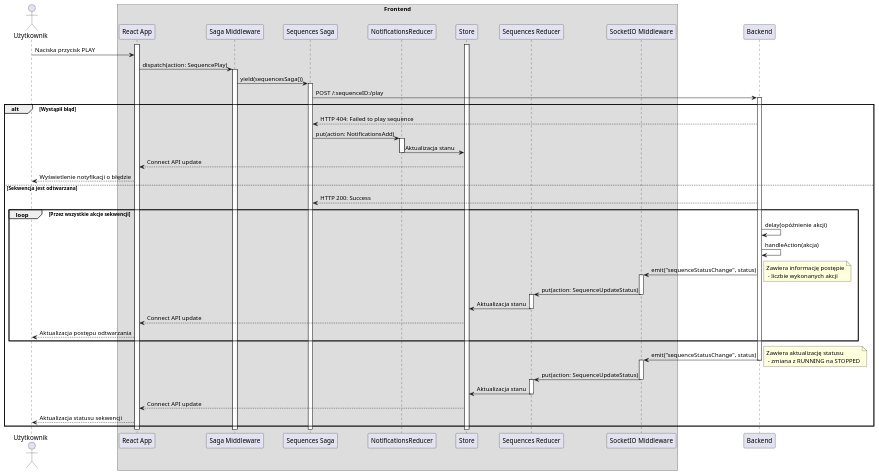
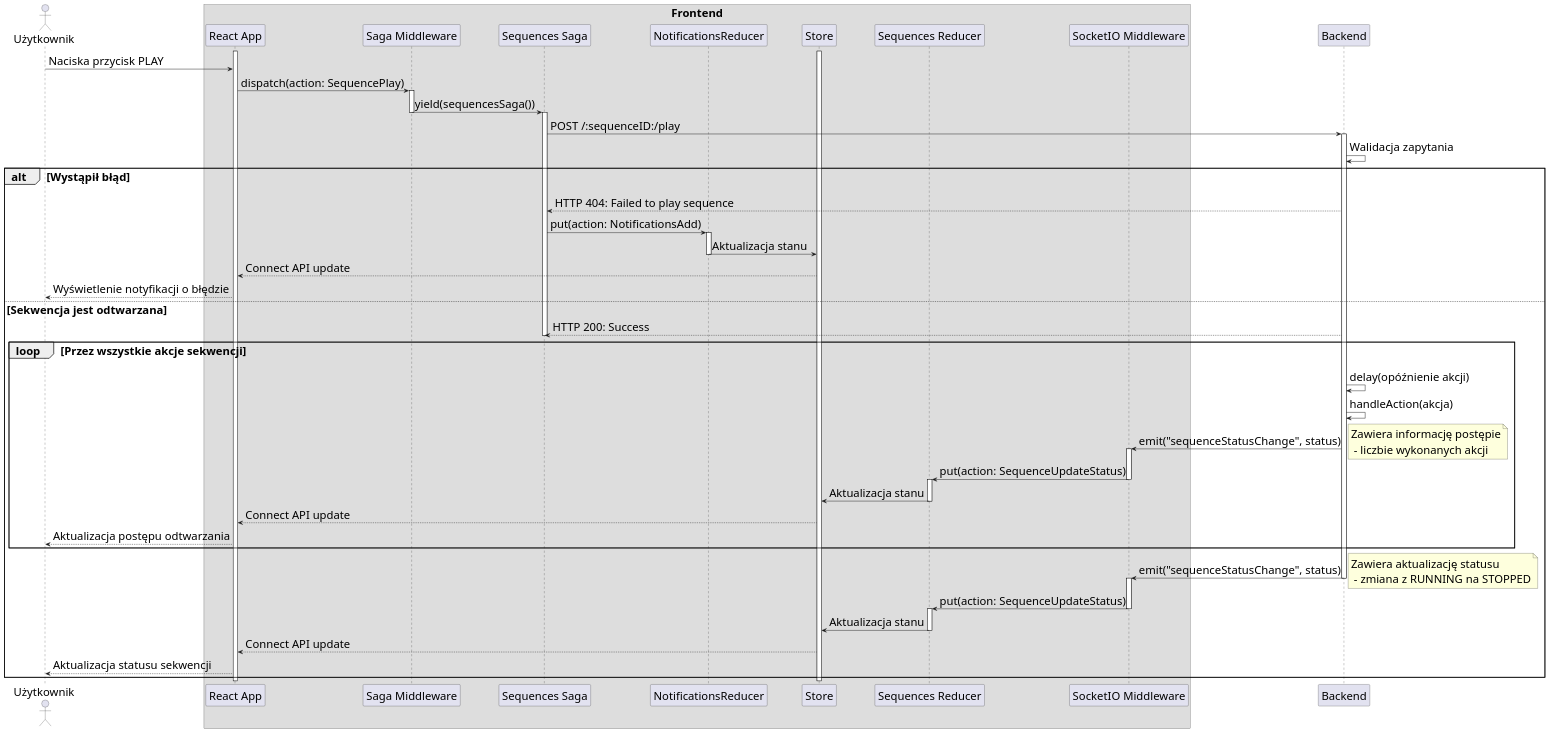
Before and after one commit to pjaspinski/sequences: the diagram in uml-diagrams/play-sequence-fe-diagram.puml, drawn with PlantUML. The commit also changed 2 other files, not shown here.

Commit message:
Diagrams

```diff
--- a/uml-diagrams/play-sequence-fe-diagram.puml
+++ b/uml-diagrams/play-sequence-fe-diagram.puml
@@ -1,66 +1,71 @@
 @startuml
+skinparam DefaultFontSize 25
+
 actor Użytkownik as User
 box "Frontend"
 participant "React App" as App
 participant "Saga Middleware" as Saga
 participant "Sequences Saga" as SeqSaga
 participant "NotificationsReducer" as NotiReducer
 participant "Store" as Store
 participant "Sequences Reducer" as SeqReducer
 participant "SocketIO Middleware" as SocketIOM
 end box
 
 participant Backend
 
 activate Store
 activate App
 
 User -> App: Naciska przycisk PLAY
 App -> Saga: dispatch(action: SequencePlay)
 activate Saga
 Saga -> SeqSaga: yield(sequencesSaga())
+deactivate Saga
 activate SeqSaga
 SeqSaga -> Backend: POST /:sequenceID:/play
 activate Backend
+Backend -> Backend: Walidacja zapytania
 
 alt Wystąpił błąd
 Backend --> SeqSaga: HTTP 404: Failed to play sequence
 SeqSaga -> NotiReducer: put(action: NotificationsAdd)
 activate NotiReducer
 NotiReducer -> Store: Aktualizacja stanu
 deactivate NotiReducer
 Store --> App: Connect API update
 App --> User: Wyświetlenie notyfikacji o błędzie
 else Sekwencja jest odtwarzana
 Backend --> SeqSaga: HTTP 200: Success
+deactivate SeqSaga
 
 loop Przez wszystkie akcje sekwencji
 Backend -> Backend: delay(opóźnienie akcji)
 Backend -> Backend: handleAction(akcja)
 Backend -> SocketIOM: emit("sequenceStatusChange", status)
 note right: Zawiera informację postępie\n - liczbie wykonanych akcji 
 activate SocketIOM
 SocketIOM -> SeqReducer: put(action: SequenceUpdateStatus)
 deactivate SocketIOM
 activate SeqReducer
 SeqReducer -> Store: Aktualizacja stanu
 deactivate SeqReducer
 Store --> App: Connect API update
 App --> User: Aktualizacja postępu odtwarzania
 end
 
 Backend -> SocketIOM: emit("sequenceStatusChange", status)
 note right: Zawiera aktualizację statusu\n - zmiana z RUNNING na STOPPED
 deactivate Backend
 activate SocketIOM
 SocketIOM -> SeqReducer: put(action: SequenceUpdateStatus)
 deactivate SocketIOM
 activate SeqReducer
 SeqReducer -> Store: Aktualizacja stanu
 deactivate SeqReducer
 Store --> App: Connect API update
 App --> User: Aktualizacja statusu sekwencji
 
 end
 
 @enduml
```
